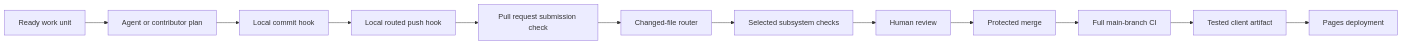
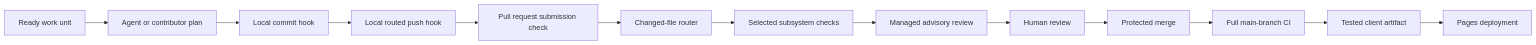
Before and after one commit to codeforboston/boston-circular-economy: the diagram in docs/CI_CD_AGENT_ARCHITECTURE.md, drawn with Mermaid. The commit also changed other lines of this file and 16 other files, not shown here.

````diff
--- a/docs/CI_CD_AGENT_ARCHITECTURE.md
+++ b/docs/CI_CD_AGENT_ARCHITECTURE.md
@@ -13,14 +13,15 @@
 ```mermaid
 flowchart LR
     A[Ready work unit] --> B[Agent or contributor plan]
     B --> C[Local commit hook]
     C --> D[Local routed push hook]
     D --> E[Pull request submission check]
     E --> F[Changed-file router]
     F --> G[Selected subsystem checks]
-    G --> H[Human review]
-    H --> I[Protected merge]
-    I --> J[Full main-branch CI]
-    J --> K[Tested client artifact]
-    K --> L[Pages deployment]
+    G --> H[Managed advisory review]
+    H --> I[Human review]
+    I --> J[Protected merge]
+    J --> K[Full main-branch CI]
+    K --> L[Tested client artifact]
+    L --> M[Pages deployment]
 ```
````
